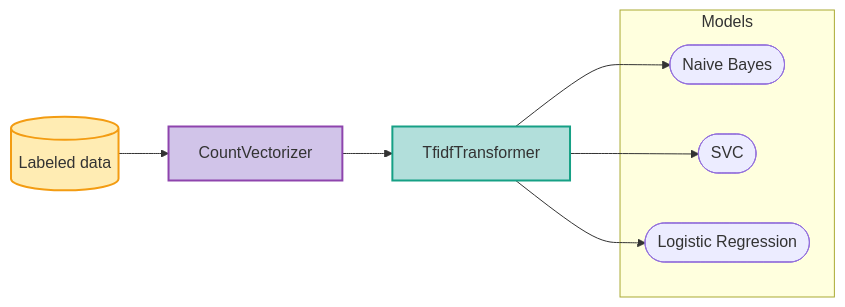
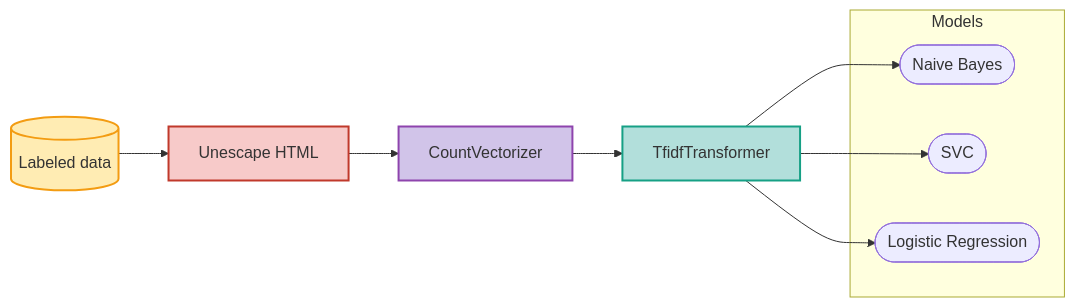
One commit to mathisdrn/M1MIASHS-NLP changed the diagram in PROJET.md. Above: the diagram before and after it, drawn with Mermaid.

Commit message:
add Unescape HTML to model pipeline

````diff
--- a/PROJET.md
+++ b/PROJET.md
@@ -69,20 +69,21 @@
 ```{mermaid}
-
 flowchart LR
-    A[(Labeled data)] --> B[CountVectorizer]
+    A[(Labeled data)] --> G[Unescape HTML]
+    G --> B[CountVectorizer]
     B --> C[TfidfTransformer]
     
     subgraph Models
         D([Naive Bayes])
         E([SVC])
         F([Logistic Regression])
     end
     
     C --> D
     C --> E
     C --> F
 
     style A fill:#ffecb3,stroke:#f39c12,stroke-width:2px
+    style G fill:#f7cac9,stroke:#c0392b,stroke-width:2px
     style B fill:#d1c4e9,stroke:#8e44ad,stroke-width:2px
     style C fill:#b2dfdb,stroke:#16a085,stroke-width:2px
 ```
````
